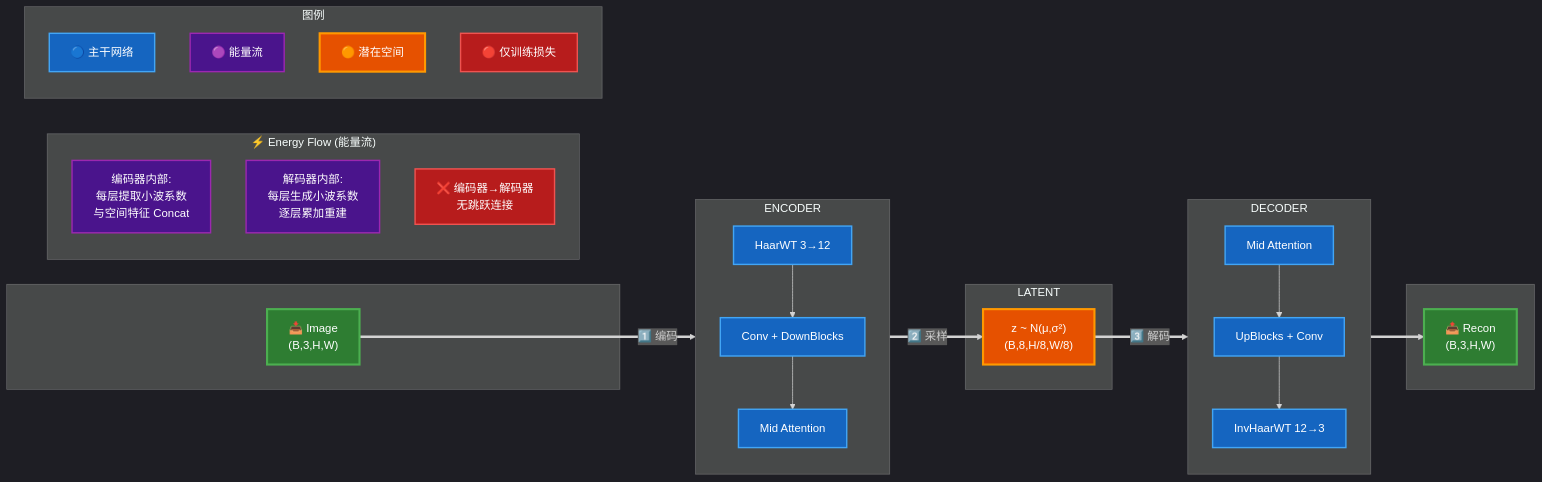
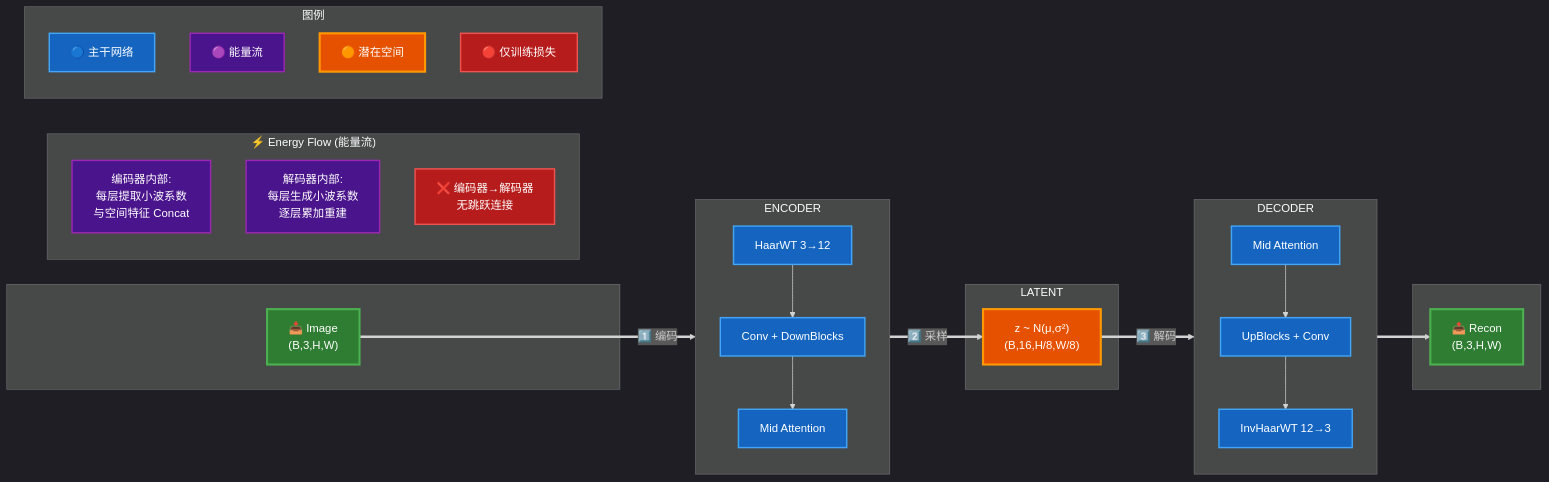
The diagram in assets/wfivae2_simple.mermaid (ryusaksun/WFVAE32x_Optimize_NoEnergyFlow), drawn with Mermaid before and after one commit. The commit also changed 19 other files, not shown here.

```diff
--- a/assets/wfivae2_simple.mermaid
+++ b/assets/wfivae2_simple.mermaid
@@ -1,54 +1,54 @@
 %%{init: {'theme': 'dark', 'themeVariables': {'background': '#000000', 'primaryTextColor': '#fff'}}}%%
 flowchart LR
     %% ============ 样式 ============
     classDef ioStyle fill:#2e7d32,stroke:#4caf50,stroke-width:3px,color:#fff
     classDef mainStyle fill:#1565c0,stroke:#42a5f5,stroke-width:2px,color:#fff
     classDef energyStyle fill:#4a148c,stroke:#9c27b0,stroke-width:2px,color:#fff
     classDef latentStyle fill:#e65100,stroke:#ff9800,stroke-width:3px,color:#fff
     classDef lossStyle fill:#b71c1c,stroke:#ef5350,stroke-width:2px,color:#fff
 
     %% ============ 简化主流程 ============
     subgraph INPUT[" "]
         I["📥 Image<br/>(B,3,H,W)"]:::ioStyle
     end
 
     subgraph ENC["ENCODER"]
         direction TB
         E1["HaarWT 3→12"]:::mainStyle
         E2["Conv + DownBlocks"]:::mainStyle
         E3["Mid Attention"]:::mainStyle
     end
 
     subgraph LAT["LATENT"]
-        Z["z ~ N(μ,σ²)<br/>(B,8,H/8,W/8)"]:::latentStyle
+        Z["z ~ N(μ,σ²)<br/>(B,16,H/8,W/8)"]:::latentStyle
     end
 
     subgraph DEC["DECODER"]
         direction TB
         D1["Mid Attention"]:::mainStyle
         D2["UpBlocks + Conv"]:::mainStyle
         D3["InvHaarWT 12→3"]:::mainStyle
     end
 
     subgraph OUTPUT[" "]
         O["📤 Recon<br/>(B,3,H,W)"]:::ioStyle
     end
 
     %% 主干流
     I ==>|"1️⃣ 编码"| E1 --> E2 --> E3 ==>|"2️⃣ 采样"| Z ==>|"3️⃣ 解码"| D1 --> D2 --> D3 ==> O
 
     %% ============ 能量流说明 ============
     subgraph ENERGY["⚡ Energy Flow (能量流)"]
         direction TB
         EF1["编码器内部:<br/>每层提取小波系数<br/>与空间特征 Concat"]:::energyStyle
         EF2["解码器内部:<br/>每层生成小波系数<br/>逐层累加重建"]:::energyStyle
         EF3["❌ 编码器→解码器<br/>无跳跃连接"]:::lossStyle
     end
 
     %% ============ 图例 ============
     subgraph LEGEND["图例"]
         L1["🔵 主干网络"]:::mainStyle
         L2["🟣 能量流"]:::energyStyle
         L3["🟠 潜在空间"]:::latentStyle
         L4["🔴 仅训练损失"]:::lossStyle
     end
```
